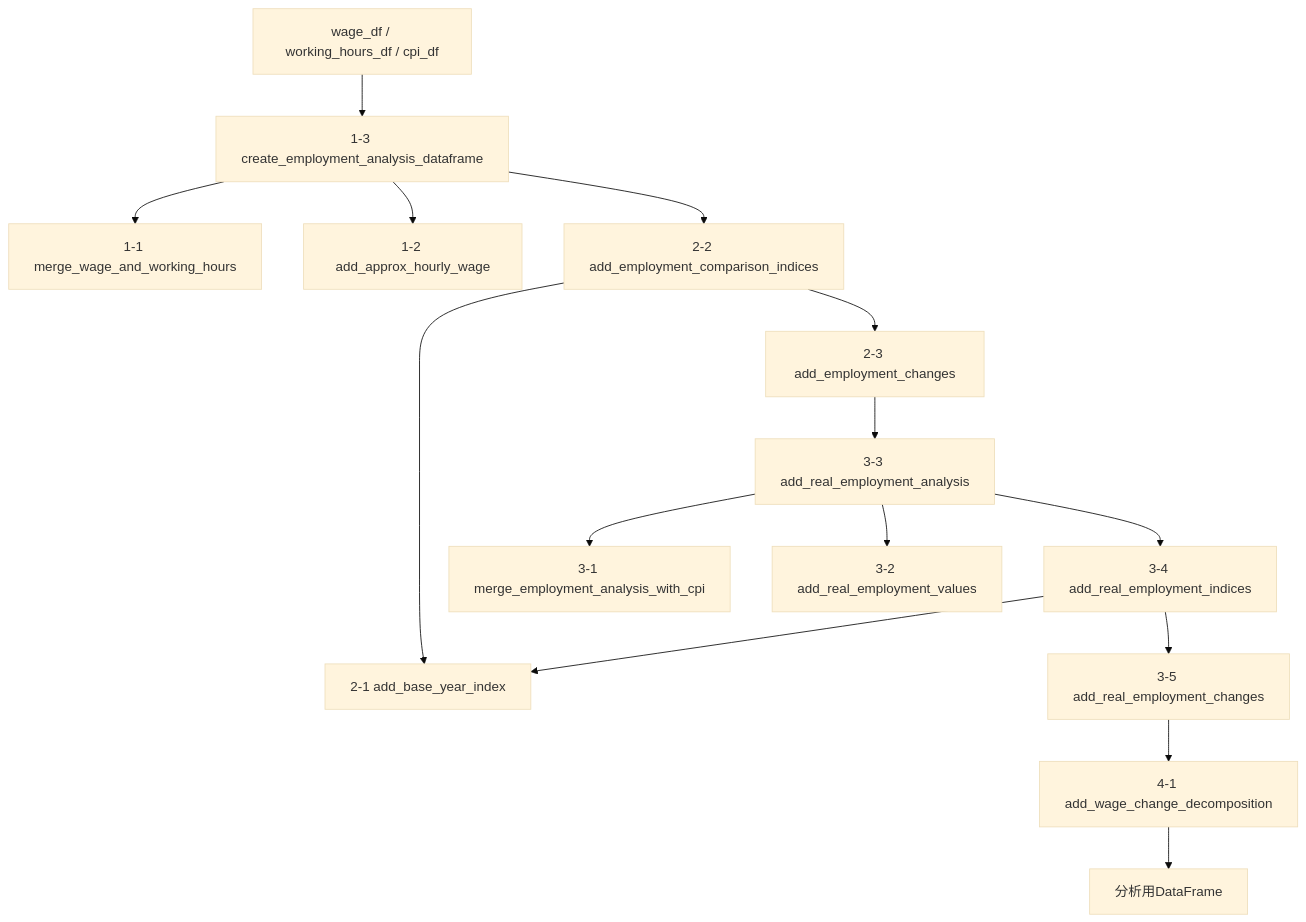
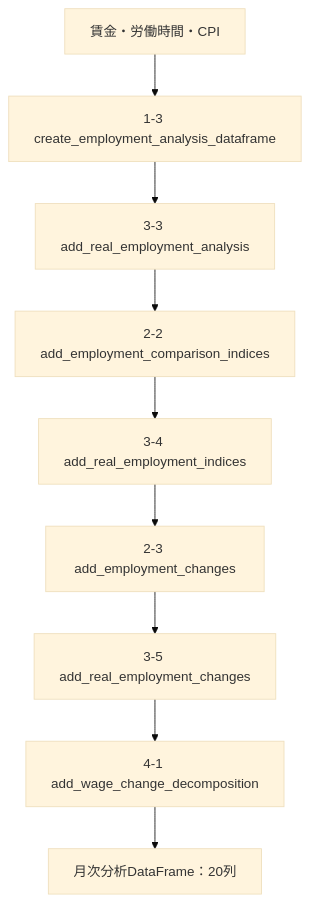
One commit to rin-sato-tech/real_wage_dashboard changed the first of 3 diagrams in docs/reference/employment_analysis_flow.md. Above: the diagram before and after it, drawn with Mermaid (base theme). The commit also changed other lines of this file, not shown here.

````diff
--- a/docs/reference/employment_analysis_flow.md
+++ b/docs/reference/employment_analysis_flow.md
@@ -75,32 +92,15 @@
 ```mermaid
 flowchart TD
-    A["wage_df / working_hours_df / cpi_df"]
-    B["1-3 create_employment_analysis_dataframe"]
-    C["1-1 merge_wage_and_working_hours"]
-    D["1-2 add_approx_hourly_wage"]
-    E["2-2 add_employment_comparison_indices"]
-    F["2-1 add_base_year_index"]
-    G["2-3 add_employment_changes"]
-    H["3-3 add_real_employment_analysis"]
-    I["3-1 merge_employment_analysis_with_cpi"]
-    J["3-2 add_real_employment_values"]
-    K["3-4 add_real_employment_indices"]
-    L["3-5 add_real_employment_changes"]
-    M["4-1 add_wage_change_decomposition"]
-    N["分析用DataFrame"]
+    INPUT["賃金・労働時間・CPI"]
+    BASIC["1-3 create_employment_analysis_dataframe"]
+    REAL["3-3 add_real_employment_analysis"]
+    NI["2-2 add_employment_comparison_indices"]
+    RI["3-4 add_real_employment_indices"]
+    NC["2-3 add_employment_changes"]
+    RC["3-5 add_real_employment_changes"]
+    DECOMP["4-1 add_wage_change_decomposition"]
+    OUTPUT["月次分析DataFrame：20列"]
 
-    A --> B
-    B --> C
-    B --> D
-    B --> E
-    E --> F
-    E --> G
-    G --> H
-    H --> I
-    H --> J
-    H --> K
-    K --> F
-    K --> L
-    L --> M
-    M --> N
+    INPUT --> BASIC --> REAL --> NI --> RI
+    RI --> NC --> RC --> DECOMP --> OUTPUT
 ```
````
